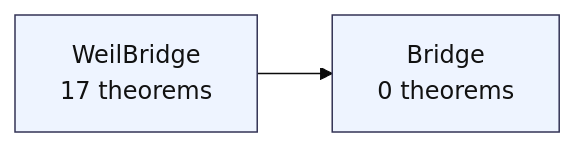
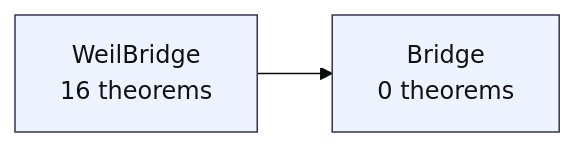
One commit to juliansambranojr/Primebeat_081426 changed the third of 3 diagrams in map/README.md. Above: the diagram before and after it, drawn with Mermaid (base theme). The commit also changed other lines of this file and 387 other files, not shown here.

````diff
--- a/map/README.md
+++ b/map/README.md
@@ -502,12 +521,11 @@
 ```mermaid
 flowchart LR
-  f0["WeilBridge<br/>17 theorems"]:::thm
+  f0["WeilBridge<br/>16 theorems"]:::thm
   f1["Bridge<br/>0 theorems"]:::thm
   f0 --> f1
   classDef thm fill:#eef4ff,stroke:#335,color:#111
-  classDef dfn fill:#f2f2f2,stroke:#777,color:#111
   classDef end_ fill:#e7f7e7,stroke:#2a7,color:#111,stroke-width:2px
   classDef lone fill:#fff,stroke:#999,color:#111,stroke-dasharray:4 3
   classDef bad fill:#ffe5e5,stroke:#c22,color:#111,stroke-width:2px
-  classDef ext fill:#fff8e1,stroke:#b80,color:#111,stroke-dasharray:2 2
+  classDef ext fill:#fff8e1,stroke:#b80,color:#111
 ```
````
